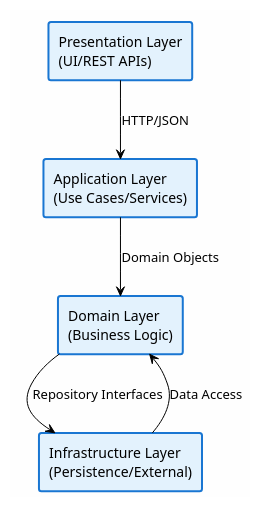
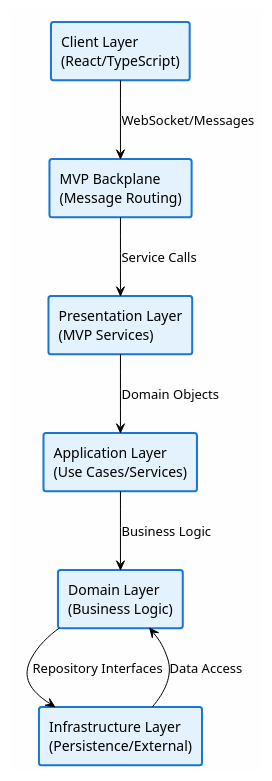
Before and after one commit to andypaul65/RatRace2025: the second of 17 diagrams in RatRace2025/docs/design/architecture.md, drawn with PlantUML. The commit also changed other lines of this file and 1 other file, not shown here.

First line of the commit message:
docs: update architecture and README for MVP integration completion

````diff
--- a/RatRace2025/docs/design/architecture.md
+++ b/RatRace2025/docs/design/architecture.md
@@ -21,21 +78,25 @@
 ```plantuml
 @startuml Architecture Layers
 !theme plain
 skinparam backgroundColor #FEFEFE
 skinparam rectangle {
     BackgroundColor #E3F2FD
     BorderColor #1976D2
     BorderThickness 2
 }
 
-rectangle "Presentation Layer\n(UI/REST APIs)" as PL
+rectangle "MVP Backplane\n(Message Routing)" as MVP
+rectangle "Client Layer\n(React/TypeScript)" as CL
+rectangle "Presentation Layer\n(MVP Services)" as PL
 rectangle "Application Layer\n(Use Cases/Services)" as AL
 rectangle "Domain Layer\n(Business Logic)" as DL
 rectangle "Infrastructure Layer\n(Persistence/External)" as IL
 
-PL --> AL : HTTP/JSON
-AL --> DL : Domain Objects
+CL --> MVP : WebSocket/Messages
+MVP --> PL : Service Calls
+PL --> AL : Domain Objects
+AL --> DL : Business Logic
 DL --> IL : Repository Interfaces
 IL --> DL : Data Access
 @enduml
 ```
````
